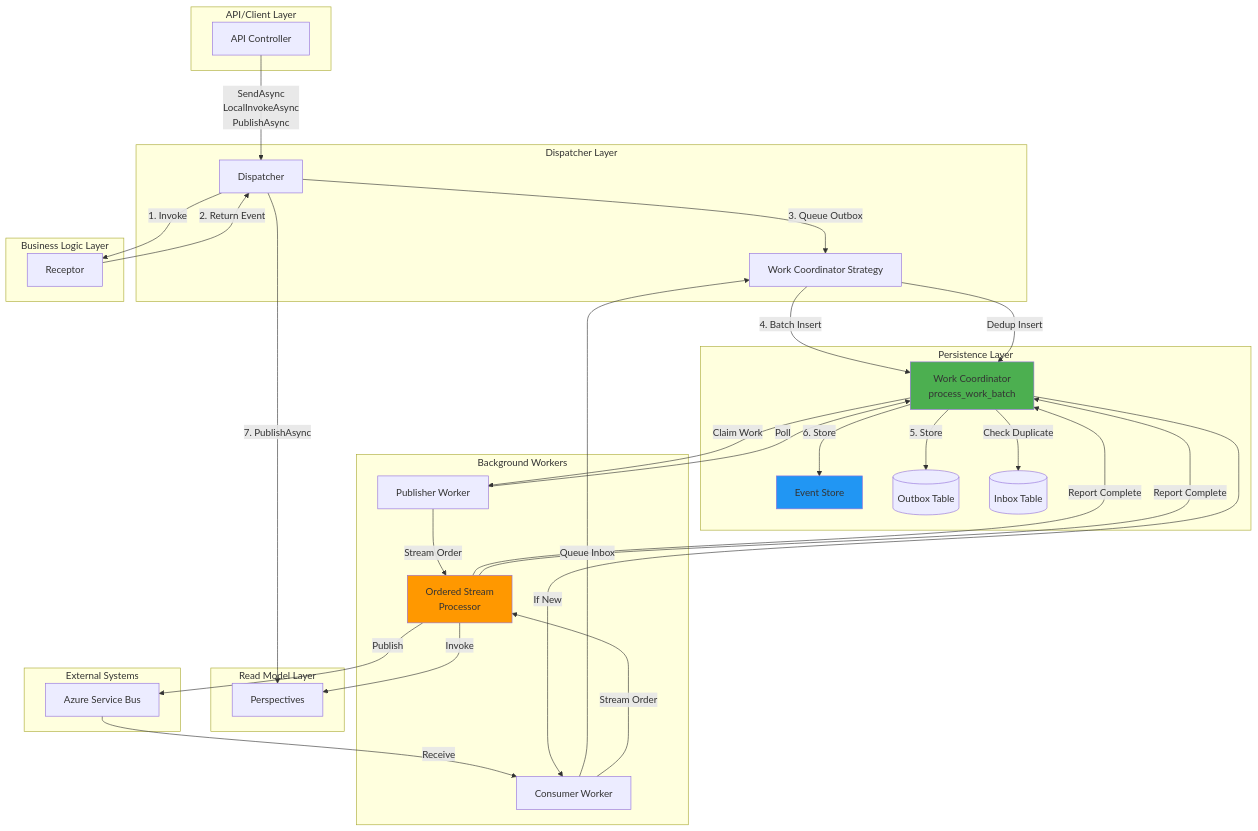
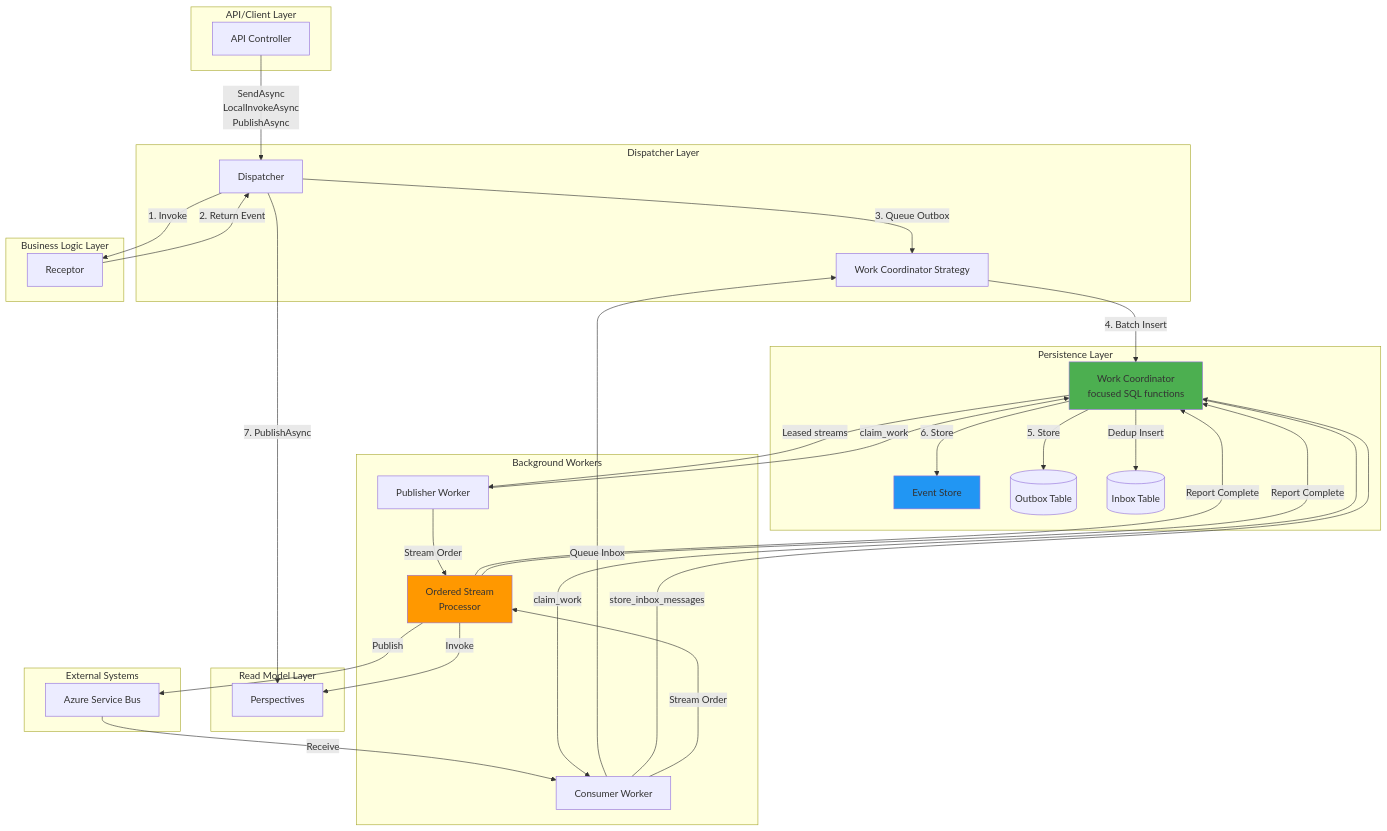
One commit to whizbang-lib/whizbang-lib.github.io changed the first of 6 diagrams in src/assets/docs/v1.0.0/extending/internals/message-lifecycle.md. Above: the diagram before and after it, drawn with Mermaid. The commit also changed other lines of this file and 34 other files, not shown here.

First line of the commit message:
docs: collective queue head reads, WHIZ006 inheritance, diagnostic link targets, and process_work_batch removed

````diff
--- a/src/assets/docs/v1.0.0/extending/internals/message-lifecycle.md
+++ b/src/assets/docs/v1.0.0/extending/internals/message-lifecycle.md
@@ -44,64 +44,64 @@
 ```mermaid{caption="Whizbang end-to-end component map: dispatcher, work coordinator, event store, outbox and inbox, and the background workers"}
 graph TB
     subgraph "API/Client Layer"
         API[API Controller]
     end
 
     subgraph "Dispatcher Layer"
         DISP[Dispatcher]
         STRAT[Work Coordinator Strategy]
     end
 
     subgraph "Business Logic Layer"
         REC[Receptor]
     end
 
     subgraph "Read Model Layer"
         PERSP[Perspectives]
     end
 
     subgraph "Persistence Layer"
-        WC[Work Coordinator<br/>process_work_batch]
+        WC[Work Coordinator<br/>focused SQL functions]
         ES[Event Store]
         OUTBOX[(Outbox Table)]
         INBOX[(Inbox Table)]
     end
 
     subgraph "Background Workers"
         PUB[Publisher Worker]
         CONS[Consumer Worker]
         OSP[Ordered Stream<br/>Processor]
     end
 
     subgraph "External Systems"
         SB[Azure Service Bus]
     end
 
     API -->|SendAsync<br/>LocalInvokeAsync<br/>PublishAsync| DISP
     DISP -->|1. Invoke| REC
     REC -->|2. Return Event| DISP
     DISP -->|3. Queue Outbox| STRAT
     STRAT -->|4. Batch Insert| WC
     WC -->|5. Store| OUTBOX
     WC -->|6. Store| ES
     DISP -->|7. PublishAsync| PERSP
 
-    PUB -->|Poll| WC
-    WC -->|Claim Work| PUB
+    PUB -->|claim_work| WC
+    WC -->|Leased streams| PUB
     PUB -->|Stream Order| OSP
     OSP -->|Publish| SB
     OSP -->|Report Complete| WC
 
     SB -->|Receive| CONS
     CONS -->|Queue Inbox| STRAT
-    STRAT -->|Dedup Insert| WC
-    WC -->|Check Duplicate| INBOX
-    WC -->|If New| CONS
+    CONS -->|store_inbox_messages| WC
+    WC -->|Dedup Insert| INBOX
+    WC -->|claim_work| CONS
     CONS -->|Stream Order| OSP
     OSP -->|Invoke| PERSP
     OSP -->|Report Complete| WC
 
     style WC fill:#4CAF50
     style ES fill:#2196F3
     style OSP fill:#FF9800
 ```
````
